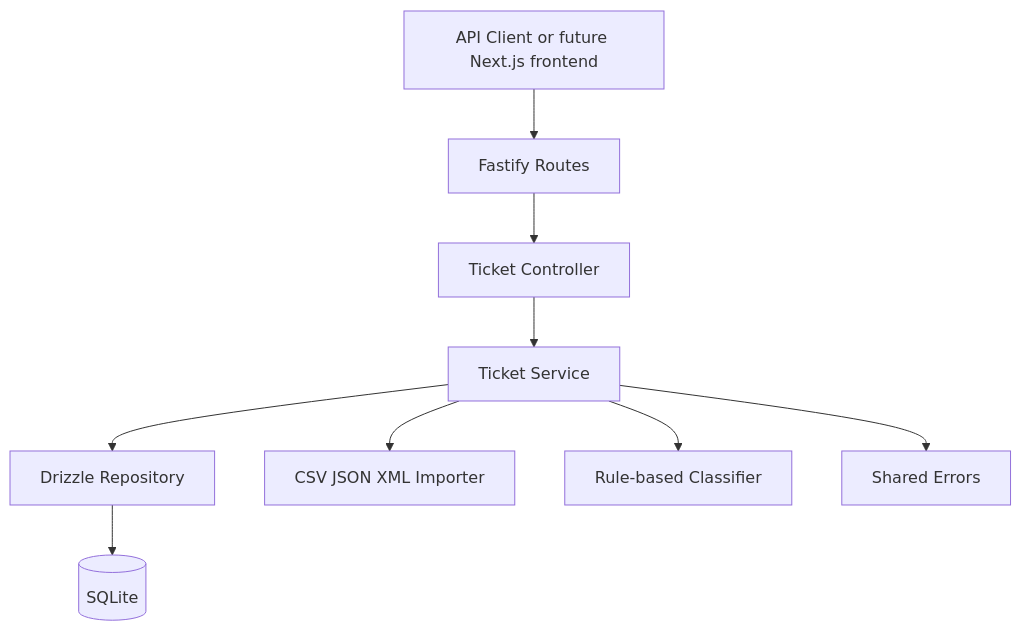
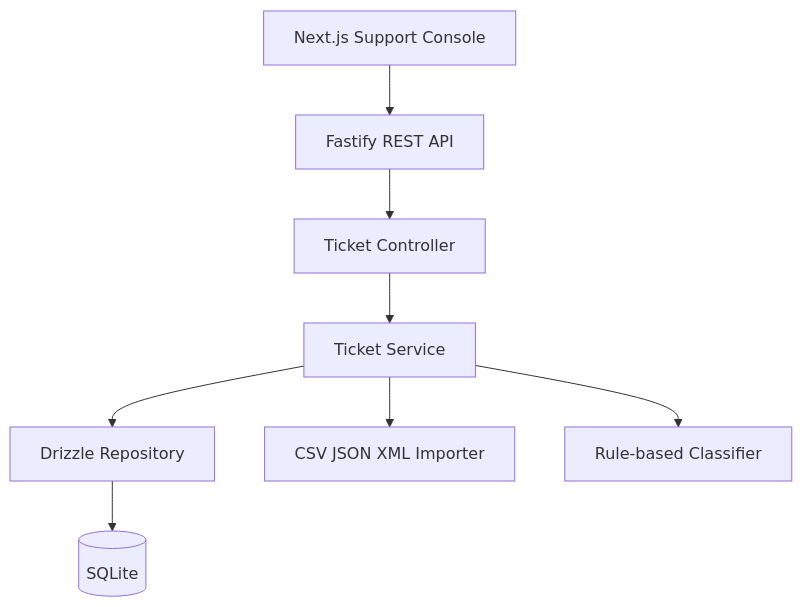
Before and after one commit to zpawn/gen-ai-software-engineering: the diagram in homework-2/README.md, drawn with Mermaid. The commit also changed other lines of this file and 193 other files, not shown here.

````diff
--- a/homework-2/README.md
+++ b/homework-2/README.md
@@ -26,11 +18,10 @@
 ```mermaid
 flowchart TD
-  Client[API Client or future Next.js frontend] --> Routes[Fastify Routes]
-  Routes --> Controller[Ticket Controller]
+  Frontend[Next.js Support Console] --> API[Fastify REST API]
+  API --> Controller[Ticket Controller]
   Controller --> Service[Ticket Service]
   Service --> Repository[Drizzle Repository]
   Repository --> SQLite[(SQLite)]
   Service --> Importer[CSV JSON XML Importer]
   Service --> Classifier[Rule-based Classifier]
-  Service --> Errors[Shared Errors]
 ```
````
